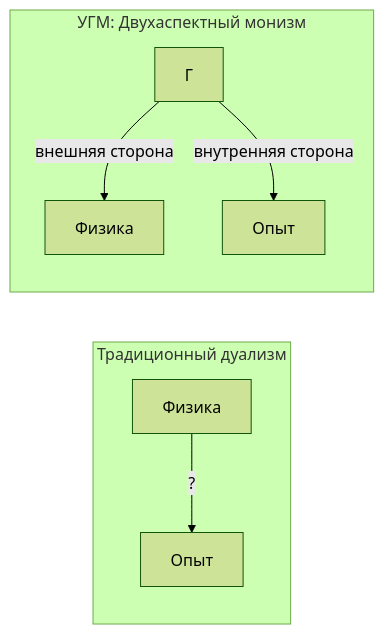
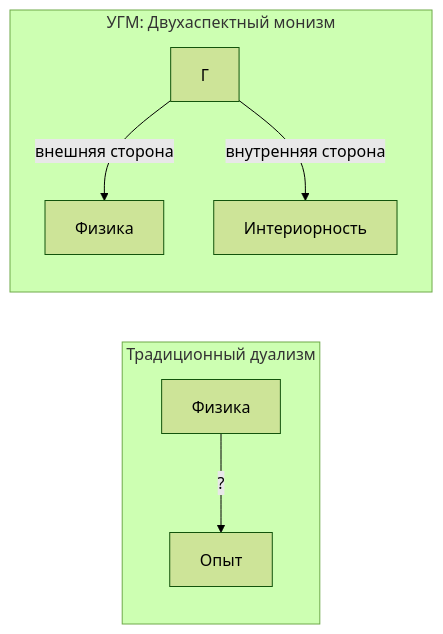
The second of 2 diagrams in website/docs/consciousness/foundations/two-aspect-monism.md (uhm-theory/holon), drawn with Mermaid (forest theme) before and after one commit. The commit also changed other lines of this file and 44 other files, not shown here.

````diff
--- a/website/docs/consciousness/foundations/two-aspect-monism.md
+++ b/website/docs/consciousness/foundations/two-aspect-monism.md
@@ -187,11 +187,11 @@
 ```mermaid
 graph LR
     subgraph "Традиционный дуализм"
         P1[Физика] -->|?| E1[Опыт]
     end
     subgraph "УГМ: Двухаспектный монизм"
         G[Γ]
         G --> |внешняя сторона| P2[Физика]
-        G --> |внутренняя сторона| E2[Опыт]
+        G --> |внутренняя сторона| E2[Интериорность]
     end
 ```
````
